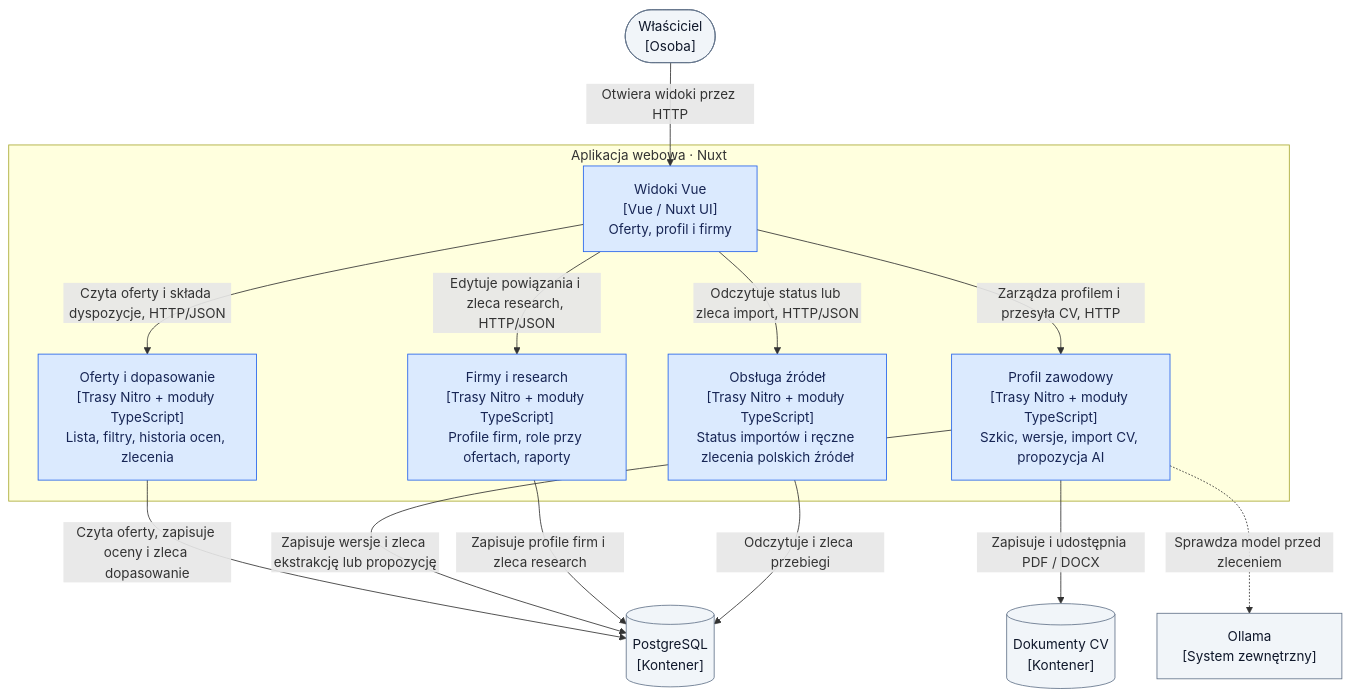
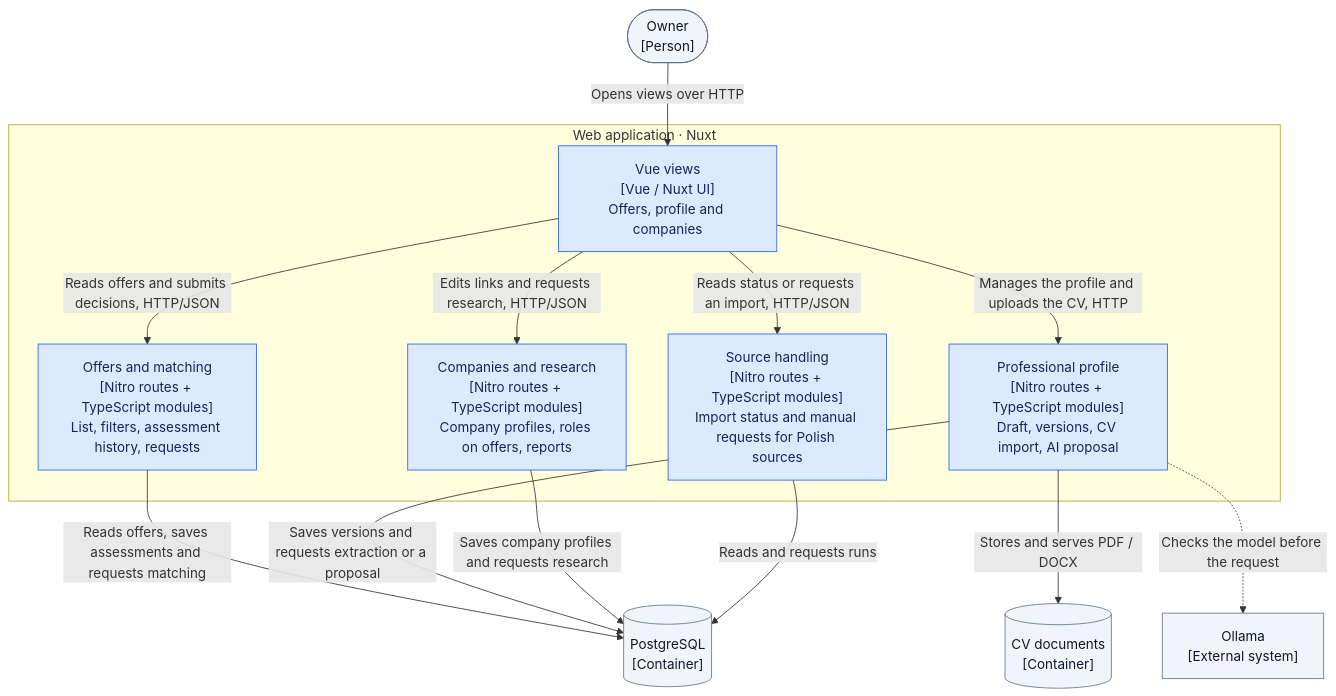
Before and after one commit to pioziol123/ofertorix-rekrutus: the third of 5 diagrams in docs/research/egm-architektura-2026-11-13/review-input.md, drawn with Mermaid. The commit also changed other lines of this file and 126 other files, not shown here.

````diff
--- a/docs/research/egm-architektura-2026-11-13/review-input.md
+++ b/docs/research/egm-architektura-2026-11-13/review-input.md
@@ -96,32 +96,32 @@
 ```mermaid
 flowchart TB
-  Owner(["Właściciel<br/>[Osoba]"])
-  DB[("PostgreSQL<br/>[Kontener]")]
-  Files[("Dokumenty CV<br/>[Kontener]")]
-  Ollama["Ollama<br/>[System zewnętrzny]"]
+  Owner(["Owner<br/>[Person]"])
+  DB[("PostgreSQL<br/>[Container]")]
+  Files[("CV documents<br/>[Container]")]
+  Ollama["Ollama<br/>[External system]"]
 
-  subgraph Web["Aplikacja webowa · Nuxt"]
-    UI["Widoki Vue<br/>[Vue / Nuxt UI]<br/>Oferty, profil i firmy"]
-    Offers["Oferty i dopasowanie<br/>[Trasy Nitro + moduły TypeScript]<br/>Lista, filtry, historia ocen, zlecenia"]
-    Profile["Profil zawodowy<br/>[Trasy Nitro + moduły TypeScript]<br/>Szkic, wersje, import CV, propozycja AI"]
-    Companies["Firmy i research<br/>[Trasy Nitro + moduły TypeScript]<br/>Profile firm, role przy ofertach, raporty"]
-    Sources["Obsługa źródeł<br/>[Trasy Nitro + moduły TypeScript]<br/>Status importów i ręczne zlecenia polskich źródeł"]
+  subgraph Web["Web application · Nuxt"]
+    UI["Vue views<br/>[Vue / Nuxt UI]<br/>Offers, profile and companies"]
+    Offers["Offers and matching<br/>[Nitro routes + TypeScript modules]<br/>List, filters, assessment history, requests"]
+    Profile["Professional profile<br/>[Nitro routes + TypeScript modules]<br/>Draft, versions, CV import, AI proposal"]
+    Companies["Companies and research<br/>[Nitro routes + TypeScript modules]<br/>Company profiles, roles on offers, reports"]
+    Sources["Source handling<br/>[Nitro routes + TypeScript modules]<br/>Import status and manual requests for Polish sources"]
   end
 
-  Owner -->|"Otwiera widoki przez HTTP"| UI
-  UI -->|"Czyta oferty i składa dyspozycje, HTTP/JSON"| Offers
-  UI -->|"Zarządza profilem i przesyła CV, HTTP"| Profile
-  UI -->|"Edytuje powiązania i zleca research, HTTP/JSON"| Companies
-  UI -->|"Odczytuje status lub zleca import, HTTP/JSON"| Sources
-  Offers -->|"Czyta oferty, zapisuje oceny i zleca dopasowanie"| DB
-  Profile -->|"Zapisuje wersje i zleca ekstrakcję lub propozycję"| DB
-  Companies -->|"Zapisuje profile firm i zleca research"| DB
-  Sources -->|"Odczytuje i zleca przebiegi"| DB
-  Profile -->|"Zapisuje i udostępnia PDF / DOCX"| Files
-  Profile -.->|"Sprawdza model przed zleceniem"| Ollama
+  Owner -->|"Opens views over HTTP"| UI
+  UI -->|"Reads offers and submits decisions, HTTP/JSON"| Offers
+  UI -->|"Manages the profile and uploads the CV, HTTP"| Profile
+  UI -->|"Edits links and requests research, HTTP/JSON"| Companies
+  UI -->|"Reads status or requests an import, HTTP/JSON"| Sources
+  Offers -->|"Reads offers, saves assessments and requests matching"| DB
+  Profile -->|"Saves versions and requests extraction or a proposal"| DB
+  Companies -->|"Saves company profiles and requests research"| DB
+  Sources -->|"Reads and requests runs"| DB
+  Profile -->|"Stores and serves PDF / DOCX"| Files
+  Profile -.->|"Checks the model before the request"| Ollama
 
   classDef internal fill:#dbeafe,stroke:#2563eb,color:#172554
   classDef external fill:#f1f5f9,stroke:#64748b,color:#0f172a
   class UI,Offers,Profile,Companies,Sources internal
   class Owner,DB,Files,Ollama external
 ```
````
